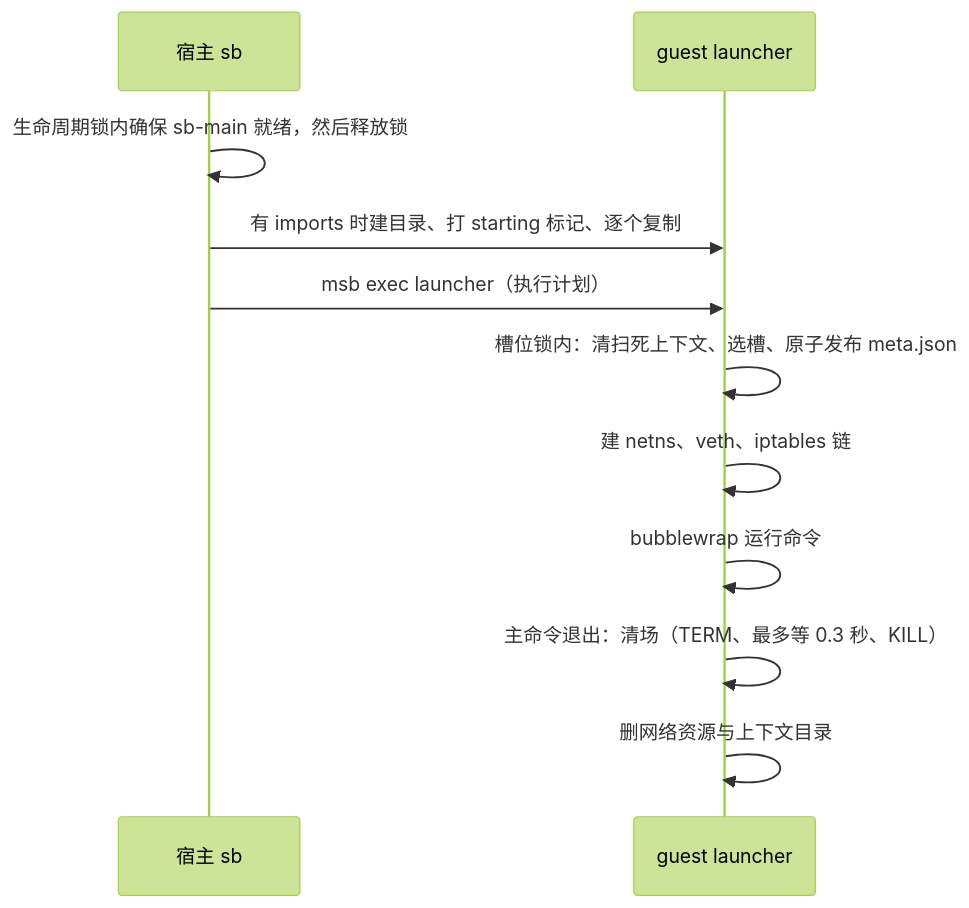
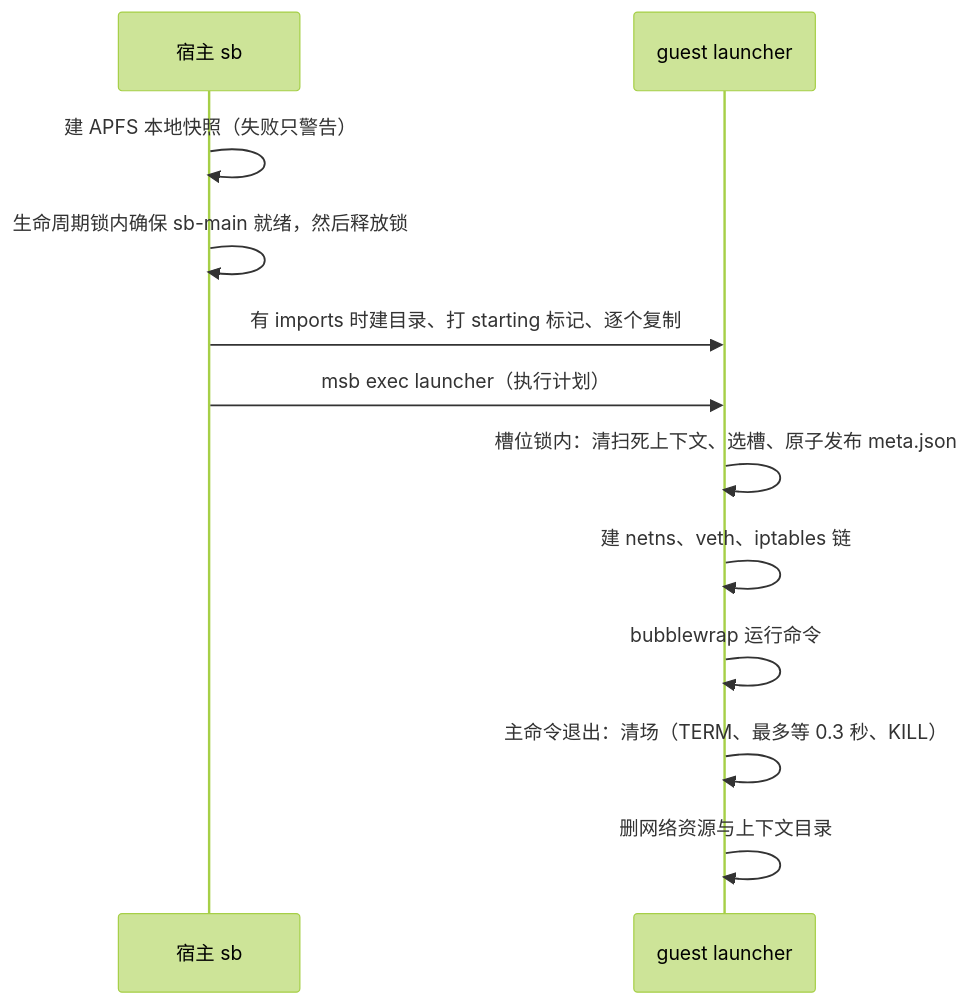
The second of 2 diagrams in modules/features/ai/sandbox/README.md (shelken/nix-config), drawn with Mermaid (forest theme) before and after one commit. The commit also changed other lines of this file and 7 other files, not shown here.

````diff
--- a/modules/features/ai/sandbox/README.md
+++ b/modules/features/ai/sandbox/README.md
@@ -103,13 +103,14 @@
 ```mermaid
 sequenceDiagram
   participant H as 宿主 sb
   participant G as guest launcher
+  H->>H: 建 APFS 本地快照（失败只警告）
   H->>H: 生命周期锁内确保 sb-main 就绪，然后释放锁
   H->>G: 有 imports 时建目录、打 starting 标记、逐个复制
   H->>G: msb exec launcher（执行计划）
   G->>G: 槽位锁内：清扫死上下文、选槽、原子发布 meta.json
   G->>G: 建 netns、veth、iptables 链
   G->>G: bubblewrap 运行命令
   G->>G: 主命令退出：清场（TERM、最多等 0.3 秒、KILL）
   G->>G: 删网络资源与上下文目录
 ```
````
